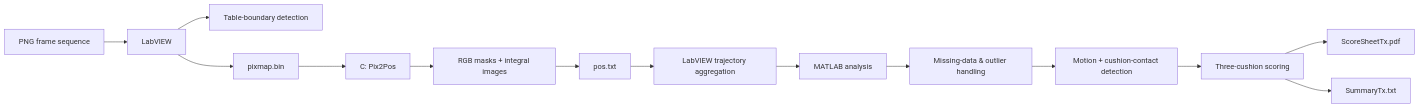
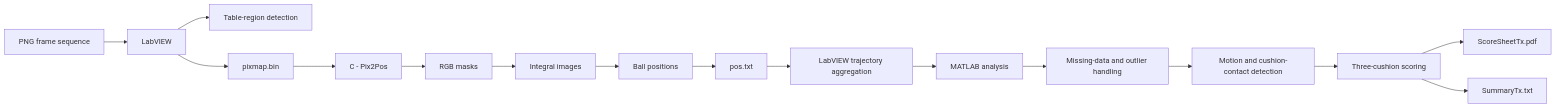
Before and after one commit to guillaumesaintpierre/billiard-vision-analysis: the diagram in README.md, drawn with Mermaid. The commit also changed other lines of this file, not shown here.

````diff
--- a/README.md
+++ b/README.md
@@ -21,16 +29,18 @@
 ```mermaid
 flowchart LR
     A[PNG frame sequence] --> B[LabVIEW]
-    B --> B1[Table-boundary detection]
+    B --> B1[Table-region detection]
     B --> C[pixmap.bin]
-    C --> D[C: Pix2Pos]
-    D --> E[RGB masks + integral images]
-    E --> F[pos.txt]
-    F --> G[LabVIEW trajectory aggregation]
-    G --> H[MATLAB analysis]
-    H --> I[Missing-data & outlier handling]
-    I --> J[Motion + cushion-contact detection]
-    J --> K[Three-cushion scoring]
-    K --> L[ScoreSheetTx.pdf]
-    K --> M[SummaryTx.txt]
+    C --> D[C - Pix2Pos]
+    D --> E[RGB masks]
+    E --> F[Integral images]
+    F --> G[Ball positions]
+    G --> H[pos.txt]
+    H --> I[LabVIEW trajectory aggregation]
+    I --> J[MATLAB analysis]
+    J --> K[Missing-data and outlier handling]
+    K --> L[Motion and cushion-contact detection]
+    L --> M[Three-cushion scoring]
+    M --> N[ScoreSheetTx.pdf]
+    M --> O[SummaryTx.txt]
 ```
````
